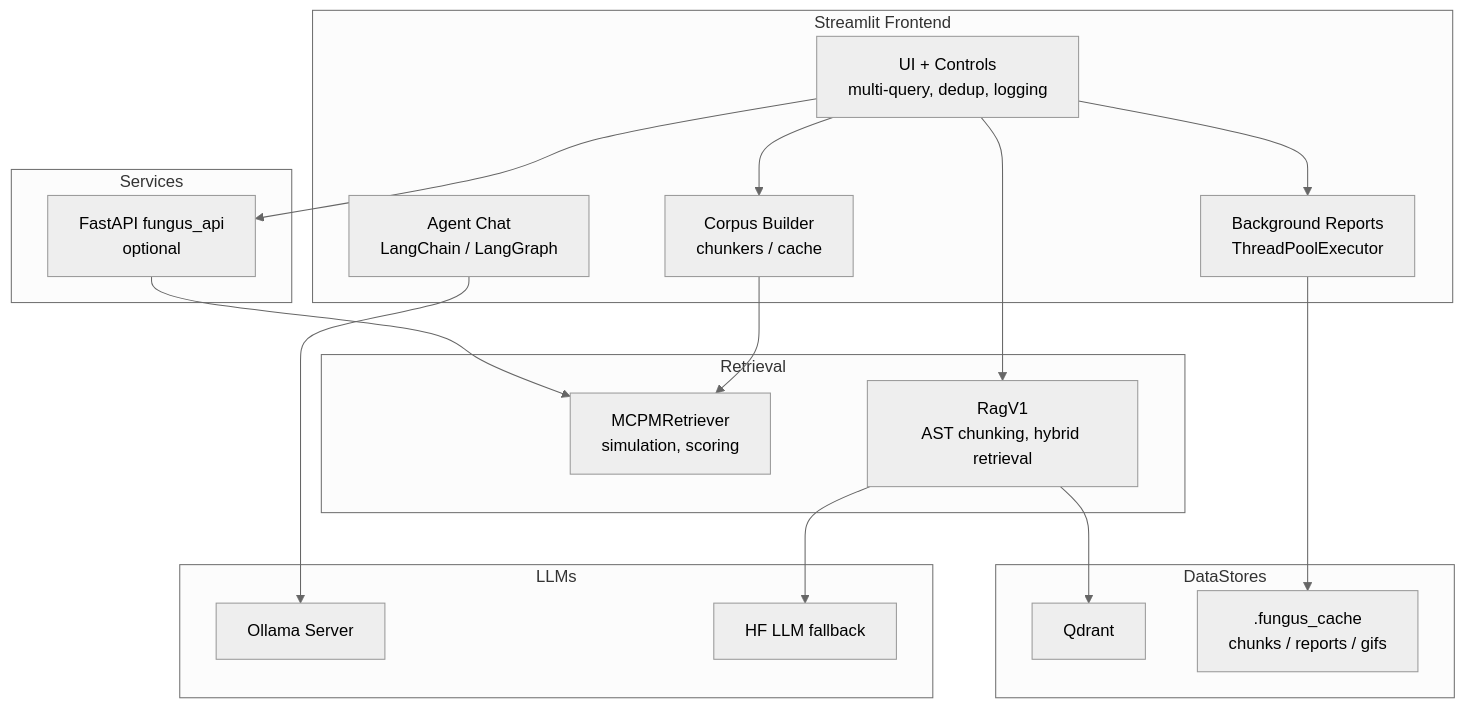
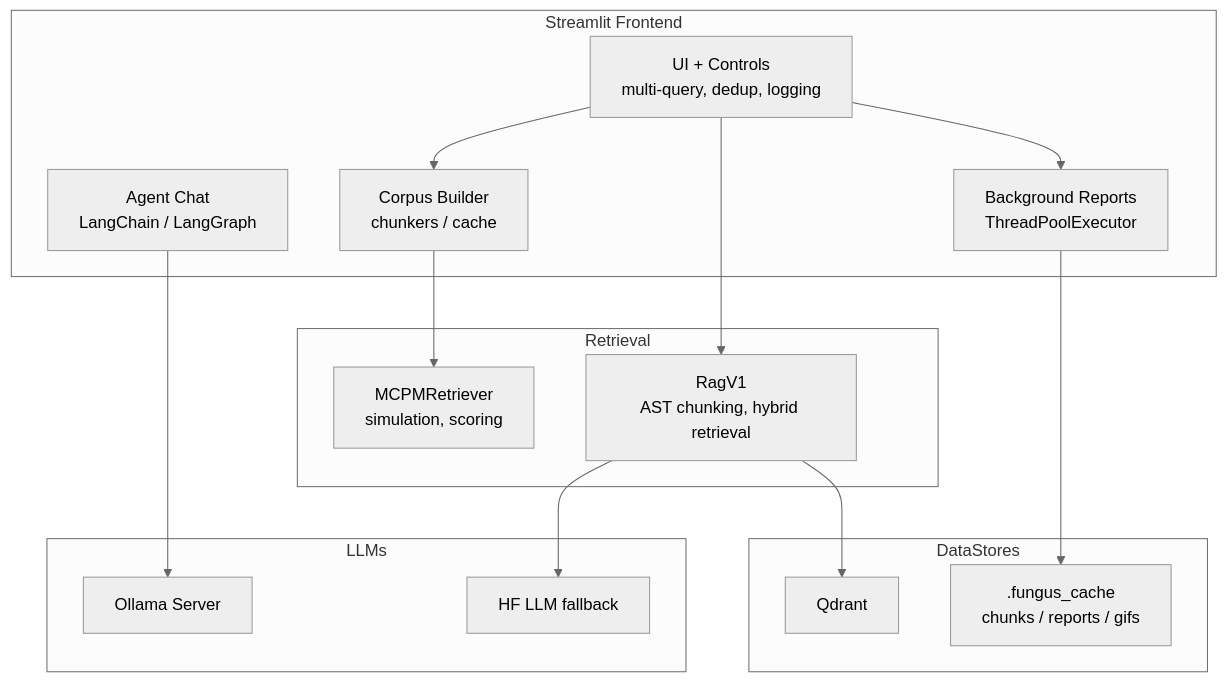
The second of 3 diagrams in docs/ARCHITECTURE.md (Flissel/la_fungus_search), drawn with Mermaid (neutral theme) before and after one commit. The commit also changed other lines of this file and 47 other files, not shown here.

````diff
--- a/docs/ARCHITECTURE.md
+++ b/docs/ARCHITECTURE.md
@@ -25,36 +23,33 @@
 ```mermaid
 graph TB
   subgraph Frontend [Streamlit Frontend]
     UI[UI + Controls<br/>multi-query, dedup, logging]
     AG[Agent Chat<br/>LangChain / LangGraph]
     CORP[Corpus Builder<br/>chunkers / cache]
     BG[Background Reports<br/>ThreadPoolExecutor]
   end
 
   subgraph Retrieval
     MCMP[MCPMRetriever<br/>simulation, scoring]
     RAG[RagV1<br/>AST chunking, hybrid retrieval]
   end
 
-  subgraph Services
-    API[FastAPI fungus_api<br/>optional]
-  end
+  %% Services section removed (API deleted)
 
   subgraph DataStores
     Q[Qdrant]
     C[.fungus_cache<br/>chunks / reports / gifs]
   end
 
   subgraph LLMs
     OLL[Ollama Server]
     HFL[HF LLM fallback]
   end
 
   UI --> CORP --> MCMP
   UI --> RAG --> Q
   AG --> OLL
   RAG --> HFL
   UI --> BG --> C
-  API --> MCMP
-  UI --> API
+  %% API links removed
 ```
````
